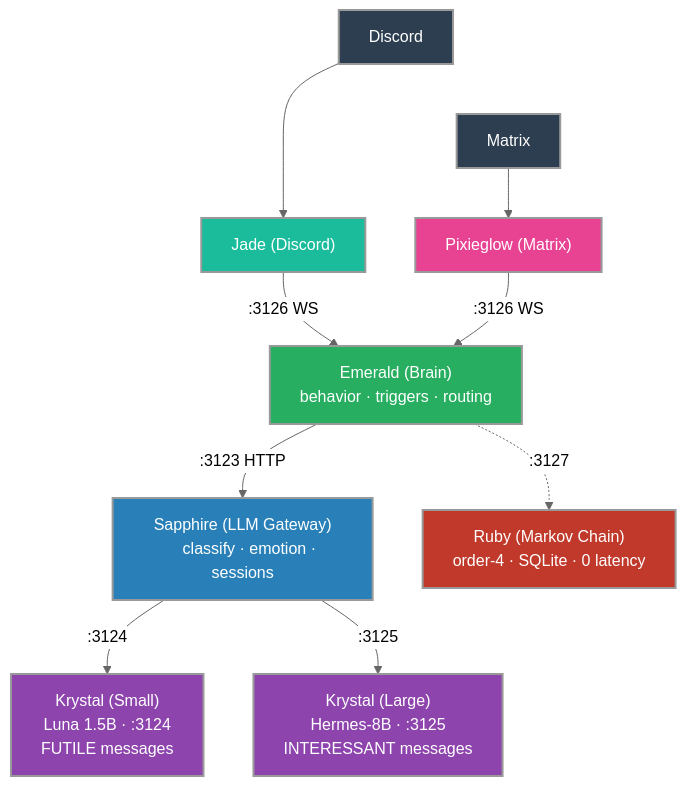
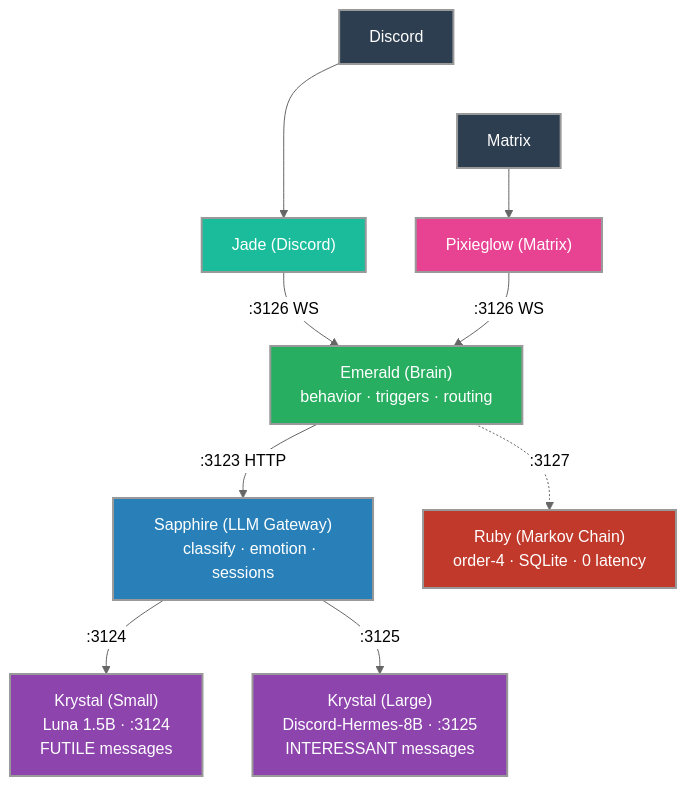
One commit to protocol-luna/.github changed the diagram in profile/README.md. Above: the diagram before and after it, drawn with Mermaid (neutral theme). The commit also changed 2 other files, not shown here.

Commit message:
Update Krystal instance label to specify Discord-Hermes-8B for clarity

````diff
--- a/profile/README.md
+++ b/profile/README.md
@@ -32,43 +32,43 @@
 ```mermaid
 flowchart TD
     classDef platform fill:#2c3e50,color:#fff,stroke-width:2px
     classDef jade fill:#1abc9c,color:#fff,stroke-width:2px
     classDef pixie fill:#e84393,color:#fff,stroke-width:2px
     classDef brain fill:#27ae60,color:#fff,stroke-width:2px
     classDef service fill:#2980b9,color:#fff,stroke-width:2px
     classDef inference fill:#8e44ad,color:#fff,stroke-width:2px
     classDef alt fill:#c0392b,color:#fff,stroke-width:2px
 
     Discord["Discord"]:::platform
     Matrix["Matrix"]:::platform
 
     Jade["Jade (Discord)"]:::jade
     Pixieglow["Pixieglow (Matrix)"]:::pixie
     Discord ~~~ Matrix
 
     Emerald["Emerald (Brain)
     behavior · triggers · routing"]:::brain
 
     Sapphire["Sapphire (LLM Gateway)
     classify · emotion · sessions"]:::service
 
     KrystalS["Krystal (Small)
     Luna 1.5B · :3124
     FUTILE messages"]:::inference
 
     KrystalL["Krystal (Large)
-    Hermes-8B · :3125
+    Discord-Hermes-8B · :3125
     INTERESSANT messages"]:::inference
 
     Ruby["Ruby (Markov Chain)
     order-4 · SQLite · 0 latency"]:::alt
 
     Discord --> Jade
     Matrix --> Pixieglow
     Jade -- ":3126 WS" --> Emerald
     Pixieglow -- ":3126 WS" --> Emerald
     Emerald -- ":3123 HTTP" --> Sapphire
     Sapphire -- ":3124" --> KrystalS
     Sapphire -- ":3125" --> KrystalL
     Emerald -.->|":3127"| Ruby
 ```
````
